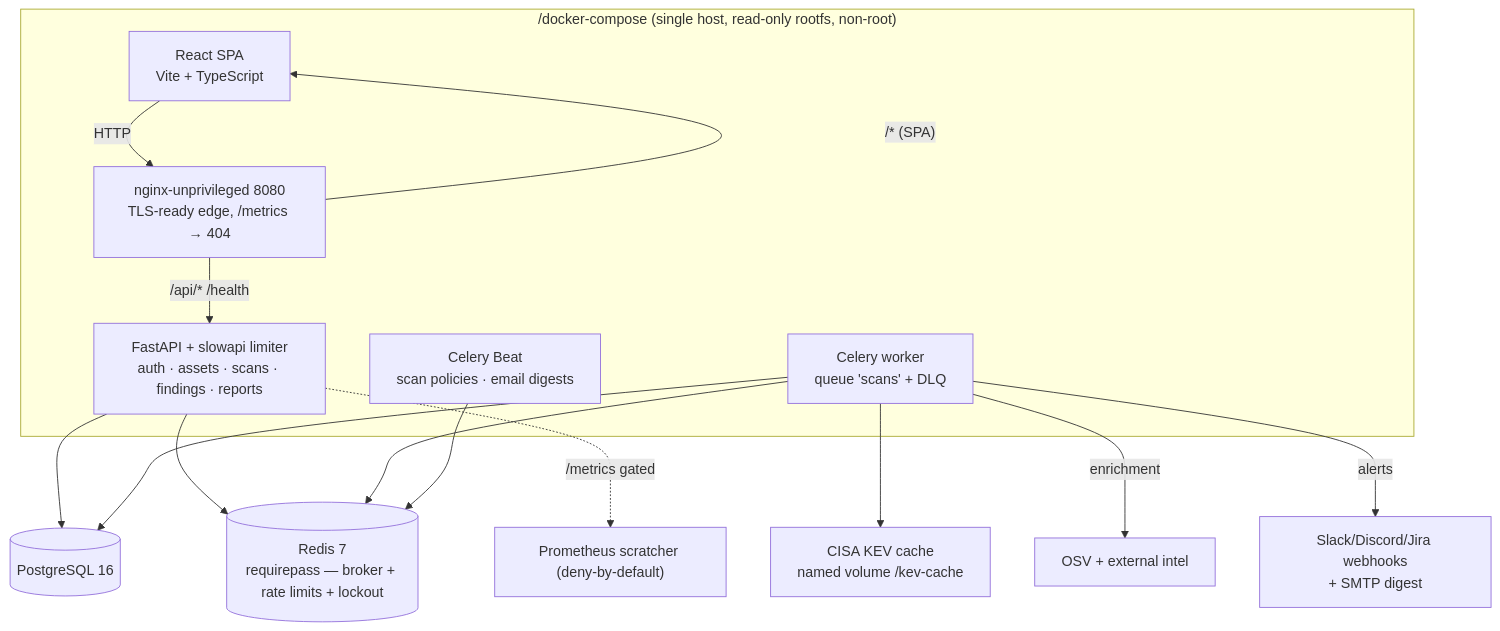
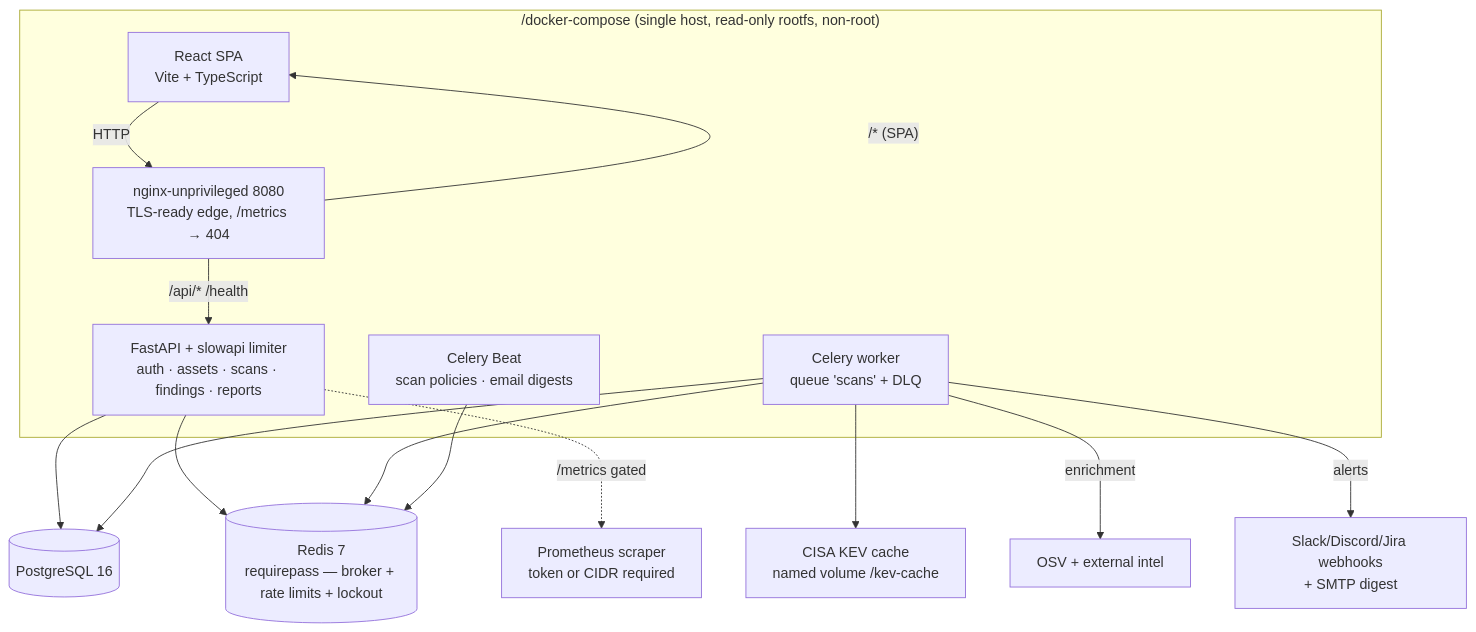
One commit to soumyajit-cys/Attack-Surface-Management-ASM-Platform changed the diagram in README.md. Above: the diagram before and after it, drawn with Mermaid.

Commit message:
fix(docs): update Prometheus metrics description for clarity

````diff
--- a/README.md
+++ b/README.md
@@ -41,28 +41,28 @@
 ```mermaid
 flowchart TD
     subgraph EDGE["/docker-compose (single host, read-only rootfs, non-root)"]
         BROWSER["React SPA<br/>Vite + TypeScript"]
         NGINX["nginx-unprivileged 8080<br/>TLS-ready edge, /metrics → 404"]
         API["FastAPI + slowapi limiter<br/>auth · assets · scans · findings · reports"]
         WORKER["Celery worker<br/>queue 'scans' + DLQ"]
         BEAT["Celery Beat<br/>scan policies · email digests"]
     end
     PG[(PostgreSQL 16)]
     RD[(Redis 7<br/>requirepass — broker + rate limits + lockout)]
     KEV["CISA KEV cache<br/>named volume /kev-cache"]
     MAIL["OSV + external intel"]
     WEB["Slack/Discord/Jira webhooks<br/>+ SMTP digest"]
 
     BROWSER -->|HTTP| NGINX
     NGINX -->|/api/* /health| API
     NGINX -->|"/* (SPA)"| BROWSER
     API --> PG
     API --> RD
     WORKER --> RD
     WORKER --> PG
     WORKER --> KEV
     BEAT --> RD
     WORKER -->|enrichment| MAIL
     WORKER -->|alerts| WEB
-    API -.->|/metrics gated| PROM["Prometheus scratcher (deny-by-default)"]
+    API -.->|"/metrics gated"| PROM["Prometheus scraper<br/>token or CIDR required"]
 ```
````
